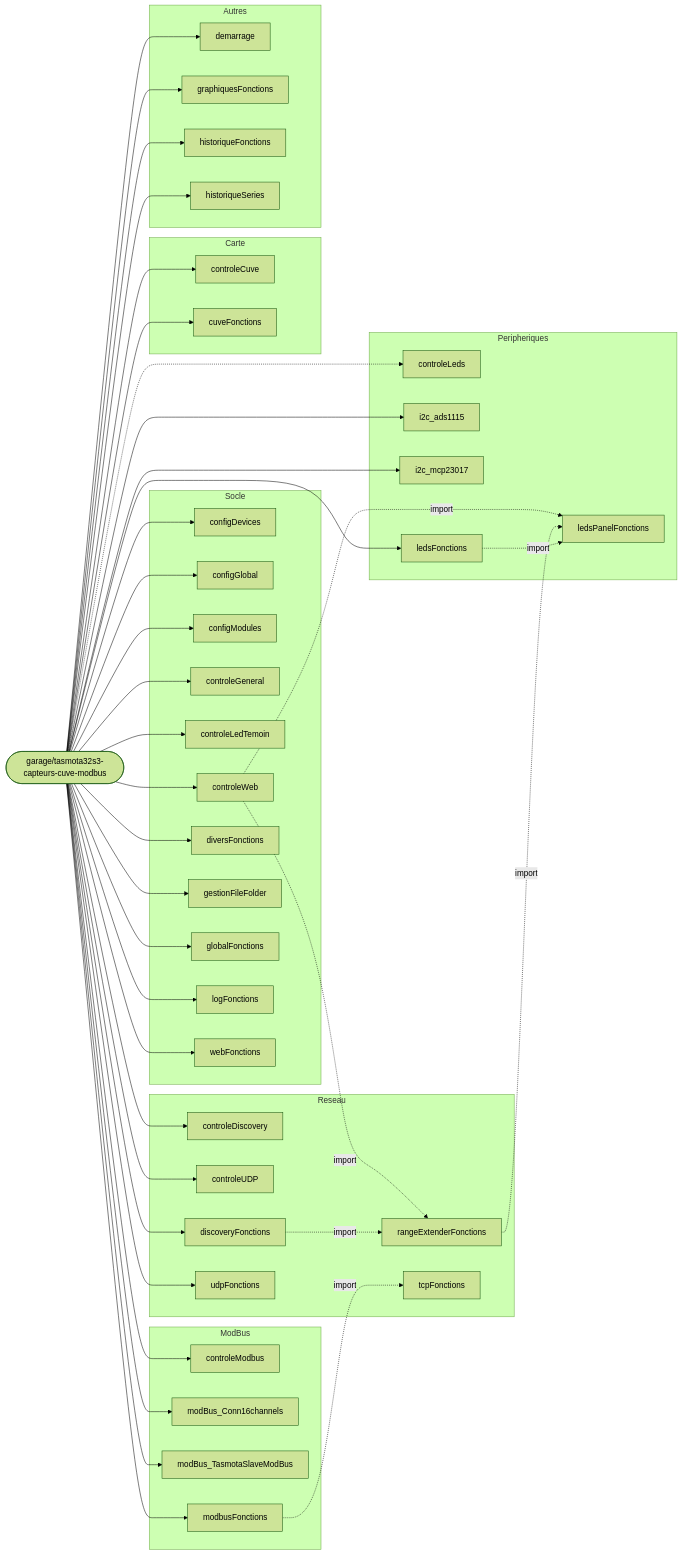
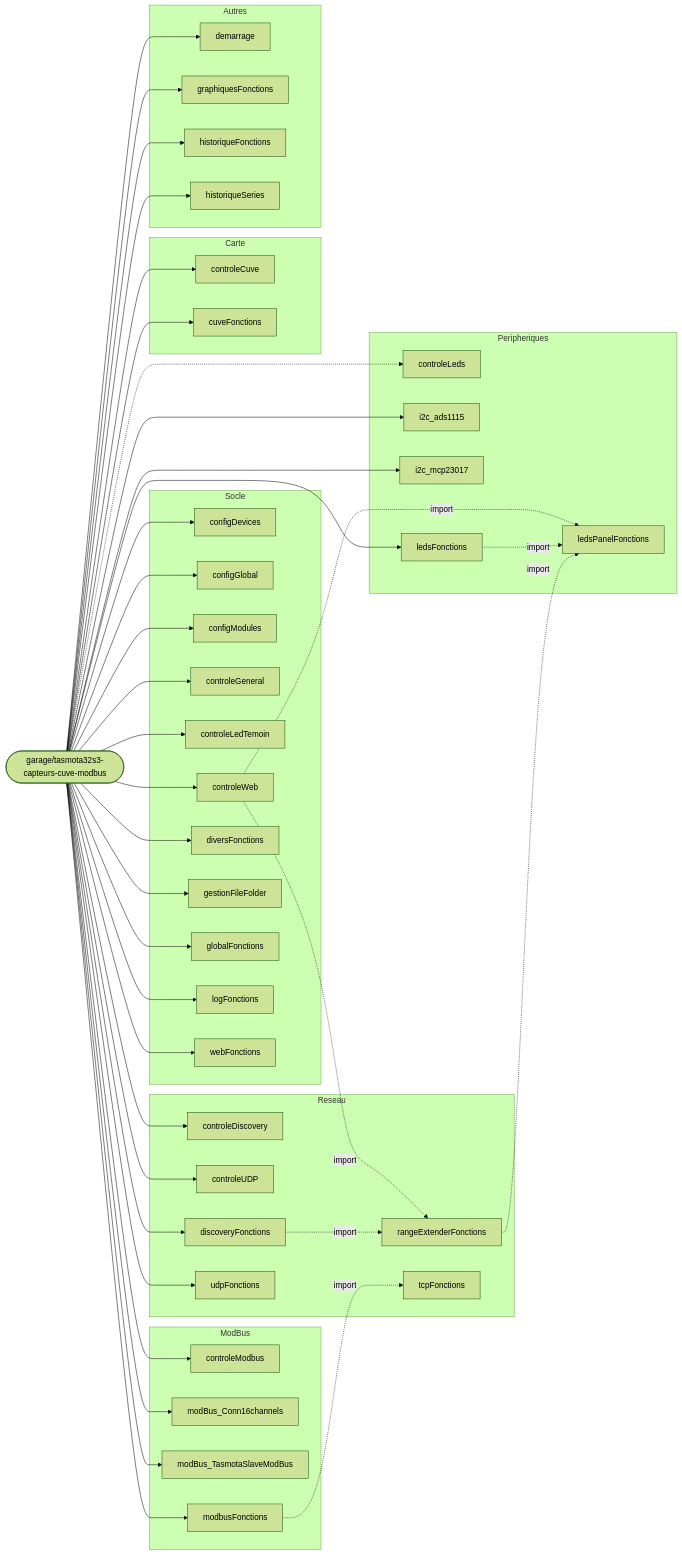
Before and after one commit to fdaubercy/Tasmota: the sixth of 8 diagrams in outils_docs/CARTE_MODULES_BERRY.md, drawn with Mermaid (forest theme). The commit also changed other lines of this file and 11 other files, not shown here.

```diff
--- a/outils_docs/CARTE_MODULES_BERRY.md
+++ b/outils_docs/CARTE_MODULES_BERRY.md
@@ -584,8 +586,8 @@
     CARTE --> m_i2c_mcp23017
     CARTE --> m_ledsFonctions
     m_controleWeb -.->|import| m_ledsPanelFonctions
+    m_ledsFonctions -.->|import| m_ledsPanelFonctions
     m_rangeExtenderFonctions -.->|import| m_ledsPanelFonctions
-    m_ledsFonctions -.->|import| m_ledsPanelFonctions
     CARTE --> m_controleCuve
     CARTE --> m_cuveFonctions
     CARTE --> m_demarrage
```
